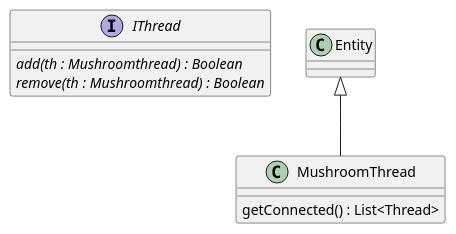
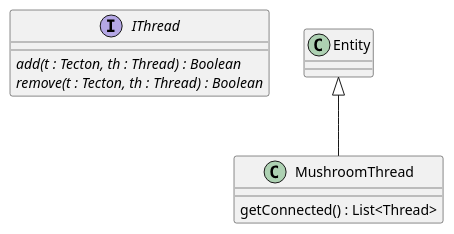
Before and after one commit to Petya-G/fungorium: the diagram in 5/classes/mushroom/mushroomThread.puml, drawn with PlantUML. The commit also changed 4 other files, not shown here.

```diff
--- a/5/classes/mushroom/mushroomThread.puml
+++ b/5/classes/mushroom/mushroomThread.puml
@@ -1,12 +1,12 @@
 @startuml thread
 
 interface IThread{
-    {abstract} add(th : Mushroomthread) : Boolean
-    {abstract} remove(th : Mushroomthread) : Boolean
+    {abstract} add(t : Tecton, th : Thread) : Boolean
+    {abstract} remove(t : Tecton, th : Thread) : Boolean
 }
 
 class MushroomThread extends Entity{
     getConnected() : List<Thread>
 }
 
 @enduml
```
